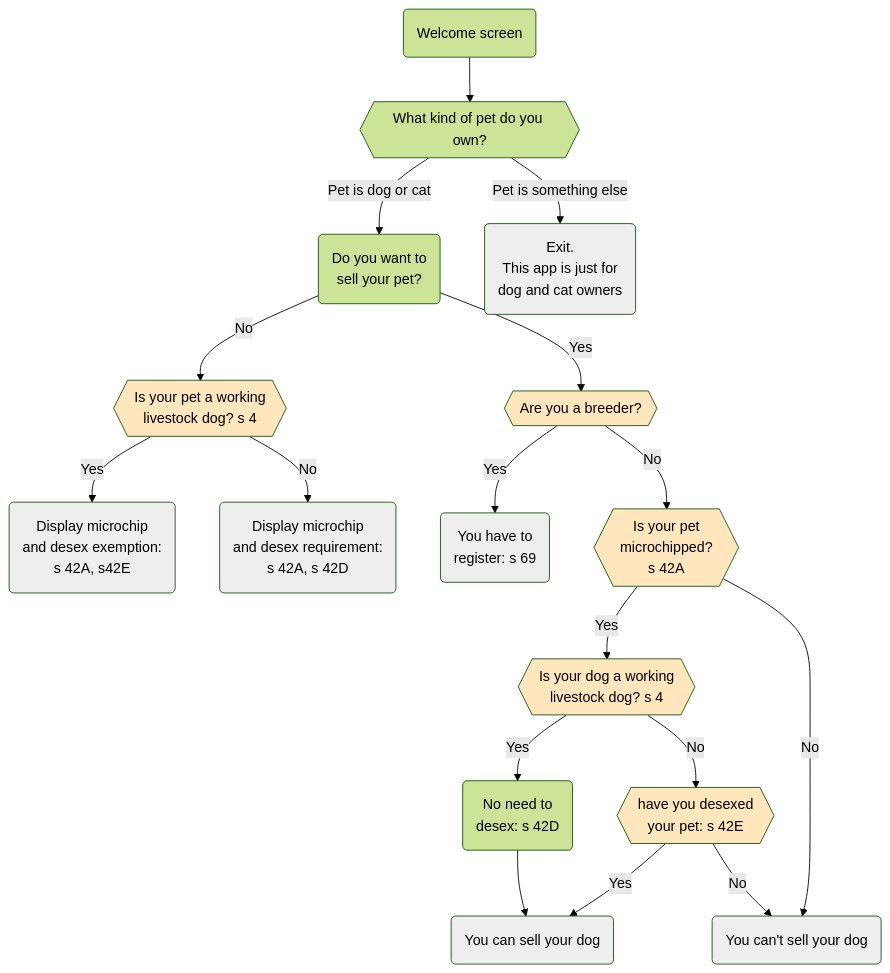
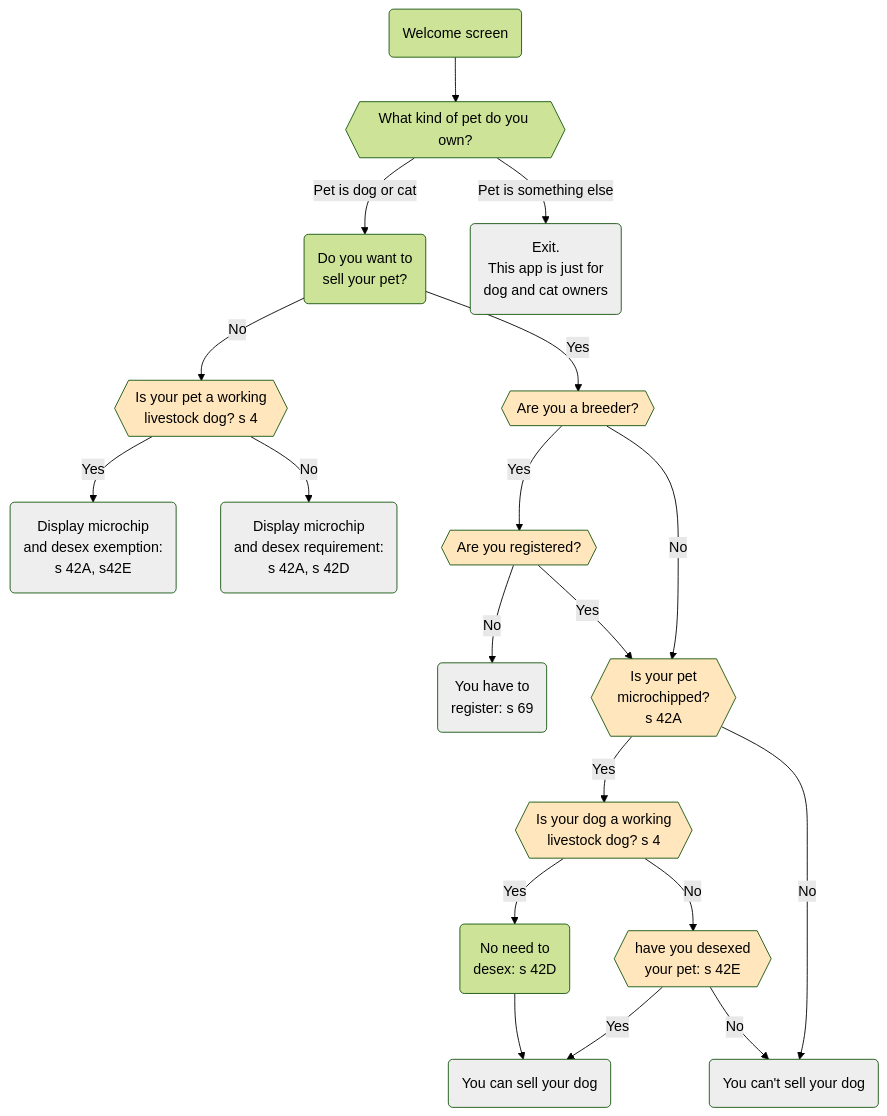
The diagram in textbook-source/docs/coding_exercises/_flowcharts/cw2_flowchart.mdx (FlindersLaw/textbook), drawn with Mermaid (forest theme) before and after one commit. The commit also changed 12 other files, not shown here.

````diff
--- a/textbook-source/docs/coding_exercises/_flowcharts/cw2_flowchart.mdx
+++ b/textbook-source/docs/coding_exercises/_flowcharts/cw2_flowchart.mdx
@@ -1,38 +1,40 @@
 ```mermaid
 flowchart TD
     id000(Welcome screen)
     id000 --> id00{{What kind of pet do you own?}}
     id00 -- Pet is dog or cat --> id0
     id00 -- Pet is something else --> id01(Exit.<br>This app is just for<br>dog and cat owners)
     id0(Do you want to<br>sell your pet?)
     id0 -- No --> id1{{Is your pet a working<br>livestock dog? s 4}}
     id1 -- Yes --> id2(Display microchip<br>and desex exemption:<br>s 42A, s42E)
     id1 -- No --> id3(Display microchip<br>and desex requirement:<br>s 42A, s 42D)
     
-    id0 -- Yes --> id4{{Are  you a breeder?}}
-    id4 -- Yes --> id5(You have to<br>register: s 69)
+    id0 -- Yes --> id4{{Are you a breeder?}}
+    id4 -- Yes --> id4a{{Are you registered?}}
+    id4a -- No --> id5(You have to<br>register: s 69)
+    id4a -- Yes --> id6
 
     id4 -- No --> id6{{Is your pet<br>microchipped?<br>s 42A}}
     id6 -- Yes --> id7
 
     id7{{Is your dog a working<br>livestock dog? s 4}}
     id7 -- Yes --> id8(No need to<br>desex: s 42D)
     id7 -- No --> id9{{have you desexed<br>your pet: s 42E}}
     id8 --> id10
     id9 -- No --> id11
 
     id9 -- Yes --> id10(You can sell your dog)
 
     id6 -- No --> id11(You can't sell your dog)
 
     %% Define styles for flowchart items.  We want to make comments yellow
     %% and have a larger font size for regular items
     classDef commentClass fill:#faffd6,text-align:left
     classDef questionClass fill:#ffe6bc
     classDef boundaryClass fill:#eeeeee,text-fill-color:#fff
     classDef itemClass font-size:16pt
     classDef leftListClass text-align:left
 
-    class id1,id4,id6,id7,id9 questionClass;
+    class id1,id4,id4a,id6,id7,id9 questionClass;
     class id01,id2,id3,id5,id10,id11 boundaryClass;
 ```
````
